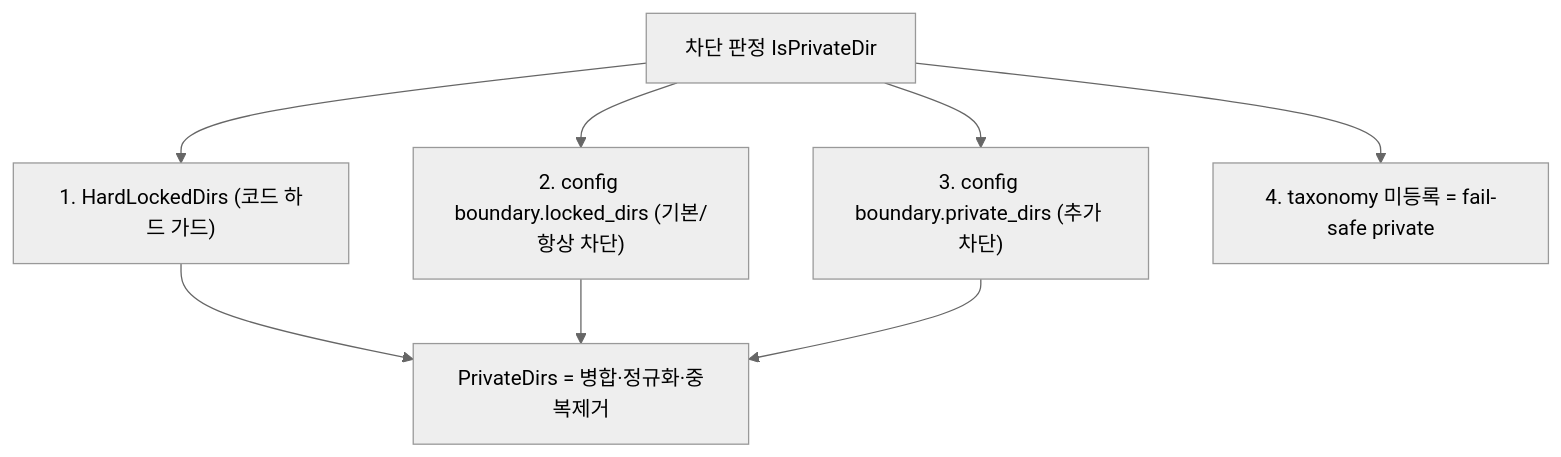
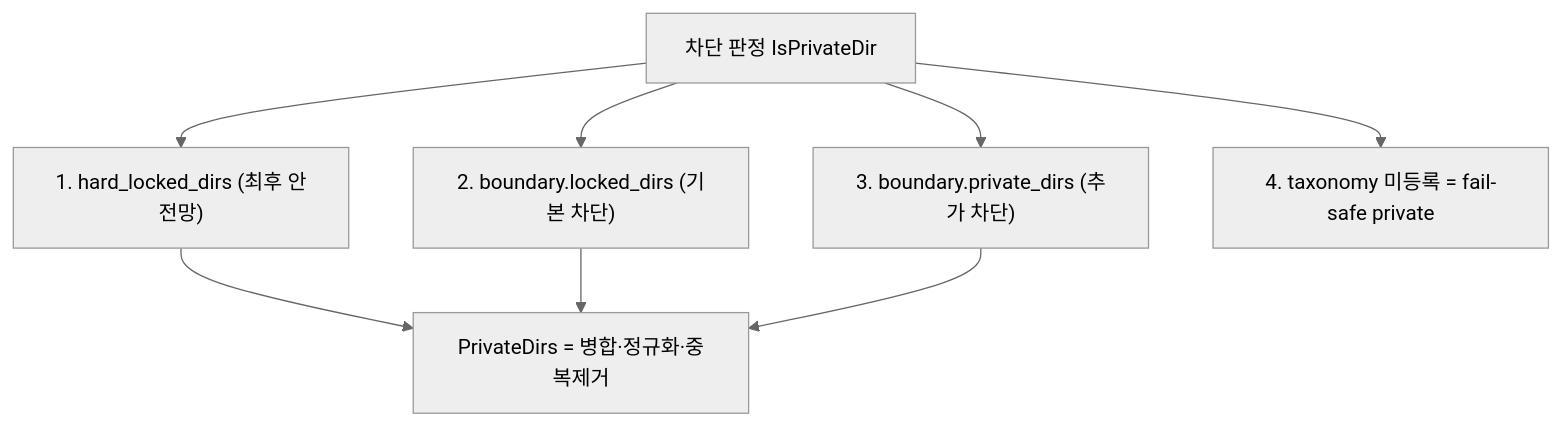
One commit to alanhakhyeonsong/grimoire changed the second of 2 diagrams in docs/configuration.md. Above: the diagram before and after it, drawn with Mermaid (neutral theme). The commit also changed other lines of this file and 3 other files, not shown here.

````diff
--- a/docs/configuration.md
+++ b/docs/configuration.md
@@ -132,10 +132,10 @@
 ```mermaid
 flowchart TD
-    A["차단 판정 IsPrivateDir"] --> B["1. HardLockedDirs (코드 하드 가드)"]
-    A --> C["2. config boundary.locked_dirs (기본/항상 차단)"]
-    A --> D["3. config boundary.private_dirs (추가 차단)"]
+    A["차단 판정 IsPrivateDir"] --> B["1. hard_locked_dirs (최후 안전망)"]
+    A --> C["2. boundary.locked_dirs (기본 차단)"]
+    A --> D["3. boundary.private_dirs (추가 차단)"]
     A --> E["4. taxonomy 미등록 = fail-safe private"]
     B --> M["PrivateDirs = 병합·정규화·중복제거"]
     C --> M
     D --> M
 ```
````
